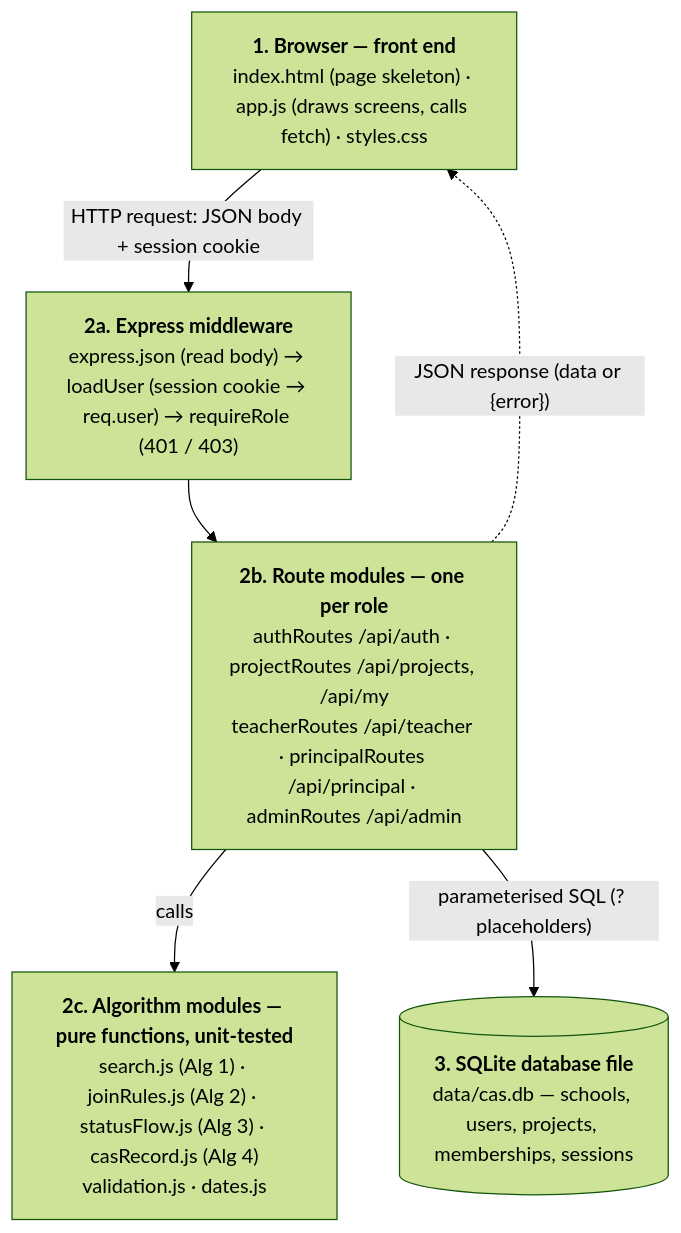
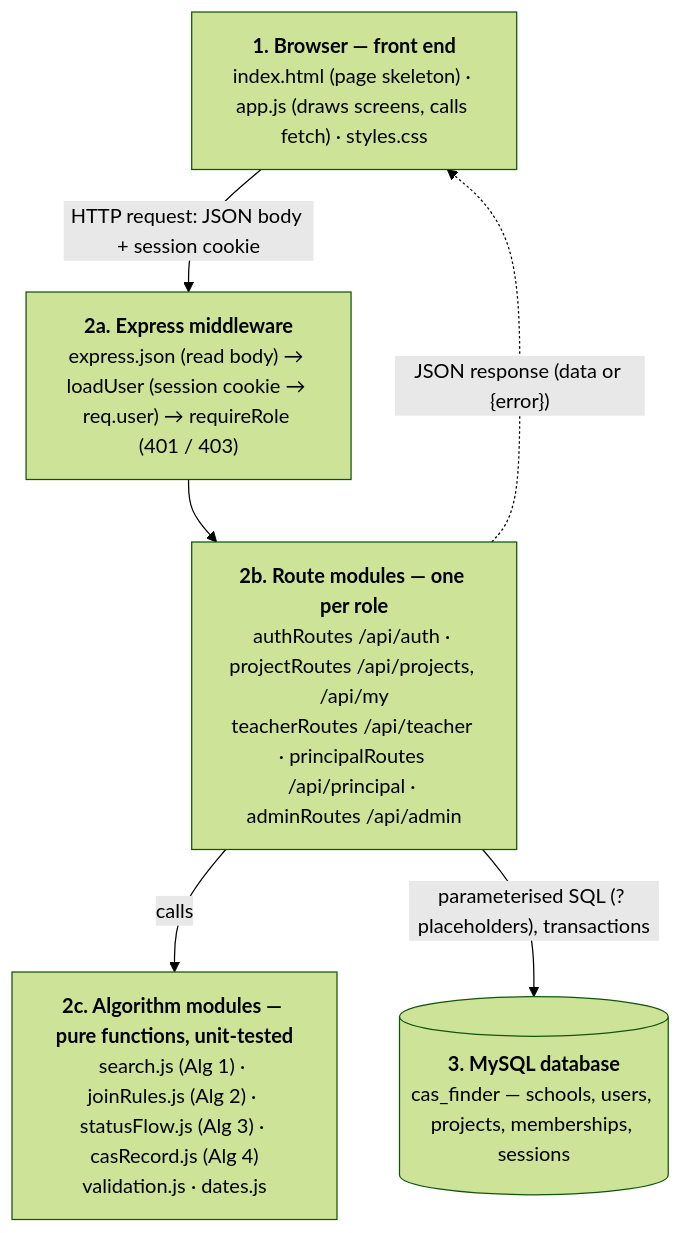
One commit to Jainil57/CAS-ACTIVITIES-FINDER- changed the diagram in docs/diagrams/c1-architecture.mmd. Above: the diagram before and after it, drawn with Mermaid (forest theme). The commit also changed 45 other files, not shown here.

```diff
--- a/docs/diagrams/c1-architecture.mmd
+++ b/docs/diagrams/c1-architecture.mmd
@@ -1,11 +1,11 @@
 flowchart TB
   C["<b>1. Browser — front end</b><br/>index.html (page skeleton) · app.js (draws screens, calls fetch) · styles.css"]
   MW["<b>2a. Express middleware</b><br/>express.json (read body) → loadUser (session cookie → req.user) → requireRole (401 / 403)"]
   R["<b>2b. Route modules — one per role</b><br/>authRoutes /api/auth · projectRoutes /api/projects, /api/my<br/>teacherRoutes /api/teacher · principalRoutes /api/principal · adminRoutes /api/admin"]
   L["<b>2c. Algorithm modules — pure functions, unit-tested</b><br/>search.js (Alg 1) · joinRules.js (Alg 2) · statusFlow.js (Alg 3) · casRecord.js (Alg 4)<br/>validation.js · dates.js"]
-  DB[("<b>3. SQLite database file</b><br/>data/cas.db — schools, users, projects, memberships, sessions")]
+  DB[("<b>3. MySQL database</b><br/>cas_finder — schools, users, projects, memberships, sessions")]
   C -- "HTTP request: JSON body + session cookie" --> MW
   MW --> R
   R -- "calls" --> L
-  R -- "parameterised SQL (? placeholders)" --> DB
+  R -- "parameterised SQL (? placeholders), transactions" --> DB
   R -. "JSON response (data or {error})" .-> C
```
